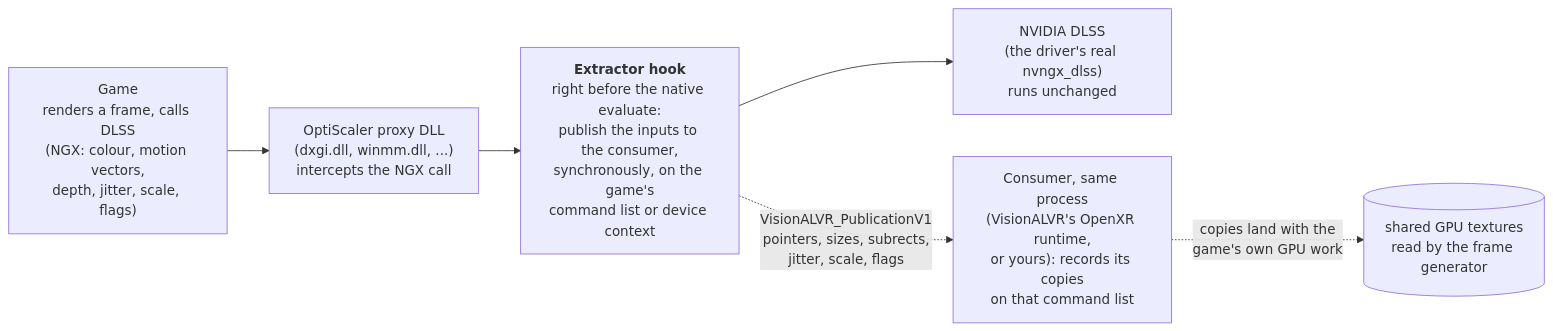
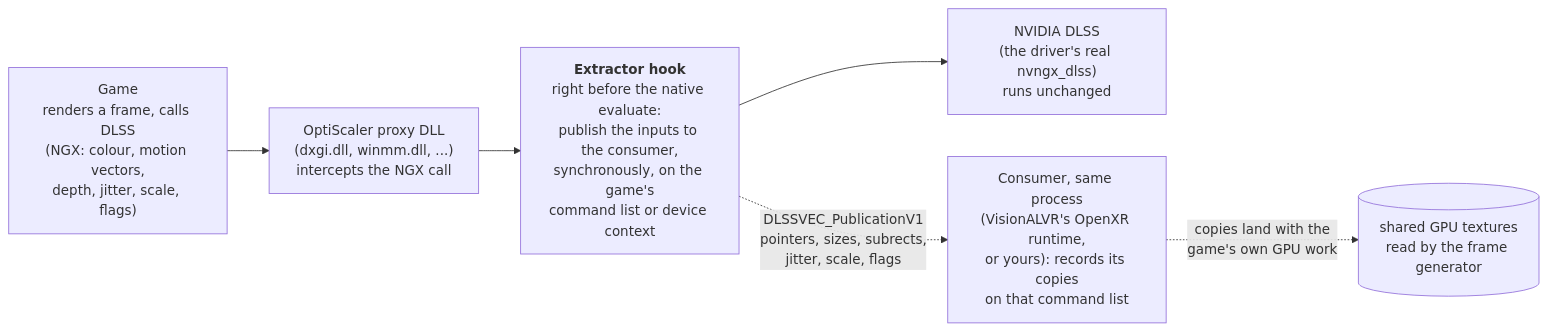
One commit to jfbobier/OptiScaler-DLSSMotionVectorExtractor changed the diagram in README.md. Above: the diagram before and after it, drawn with Mermaid. The commit also changed other lines of this file and 3 other files, not shown here.

Commit message:
ABI symbols renamed DLSSVEC_* (DLSSVEC_ProviderVersion, DLSSVEC_SetConsumerV1, DLSSVEC_ConsumerV1, DLSSVEC_PublicationV1): the extractor's interface carries its own name, not VisionALVR's

````diff
--- a/README.md
+++ b/README.md
@@ -17,11 +17,11 @@
 ```mermaid
 flowchart LR
     G["Game<br/>renders a frame, calls DLSS<br/>(NGX: colour, motion vectors,<br/>depth, jitter, scale, flags)"]
     O["OptiScaler proxy DLL<br/>(dxgi.dll, winmm.dll, ...)<br/>intercepts the NGX call"]
     P["<b>Extractor hook</b><br/>right before the native evaluate:<br/>publish the inputs to the consumer,<br/>synchronously, on the game's<br/>command list or device context"]
     N["NVIDIA DLSS<br/>(the driver's real nvngx_dlss)<br/>runs unchanged"]
     C["Consumer, same process<br/>(VisionALVR's OpenXR runtime,<br/>or yours): records its copies<br/>on that command list"]
     G --> O --> P --> N
-    P -.->|"VisionALVR_PublicationV1<br/>pointers, sizes, subrects,<br/>jitter, scale, flags"| C
+    P -.->|"DLSSVEC_PublicationV1<br/>pointers, sizes, subrects,<br/>jitter, scale, flags"| C
     C -.->|"copies land with the<br/>game's own GPU work"| S[("shared GPU textures<br/>read by the frame generator")]
 ```
````
